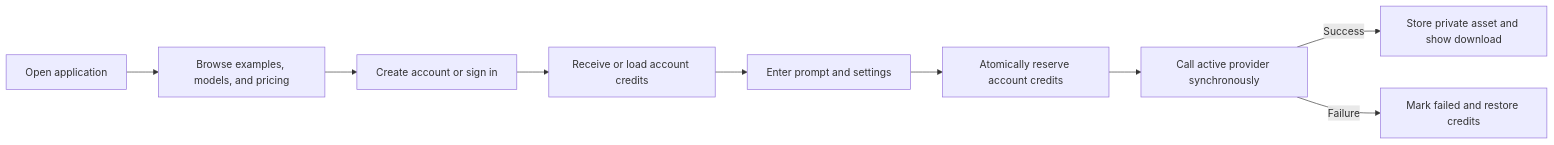
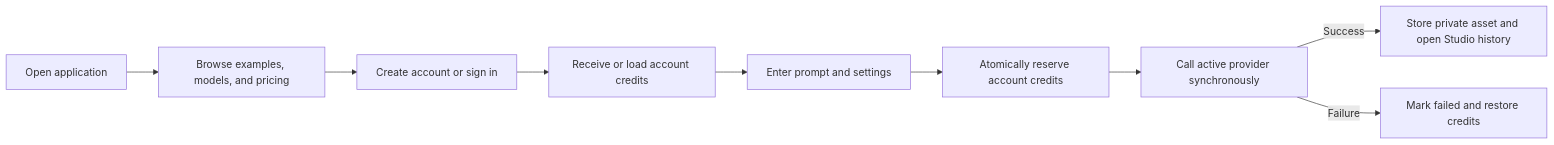
One commit to Tnsea/qwenimage3 changed the first of 2 diagrams in PRODUCT.md. Above: the diagram before and after it, drawn with Mermaid. The commit also changed other lines of this file and 25 other files, not shown here.

````diff
--- a/PRODUCT.md
+++ b/PRODUCT.md
@@ -115,11 +115,11 @@
 ```mermaid
 flowchart LR
   A[Open application] --> B[Browse examples, models, and pricing]
   B --> C[Create account or sign in]
   C --> D[Receive or load account credits]
   D --> E[Enter prompt and settings]
   E --> F[Atomically reserve account credits]
   F --> G[Call active provider synchronously]
-  G -->|Success| H[Store private asset and show download]
+  G -->|Success| H[Store private asset and open Studio history]
   G -->|Failure| I[Mark failed and restore credits]
 ```
````
